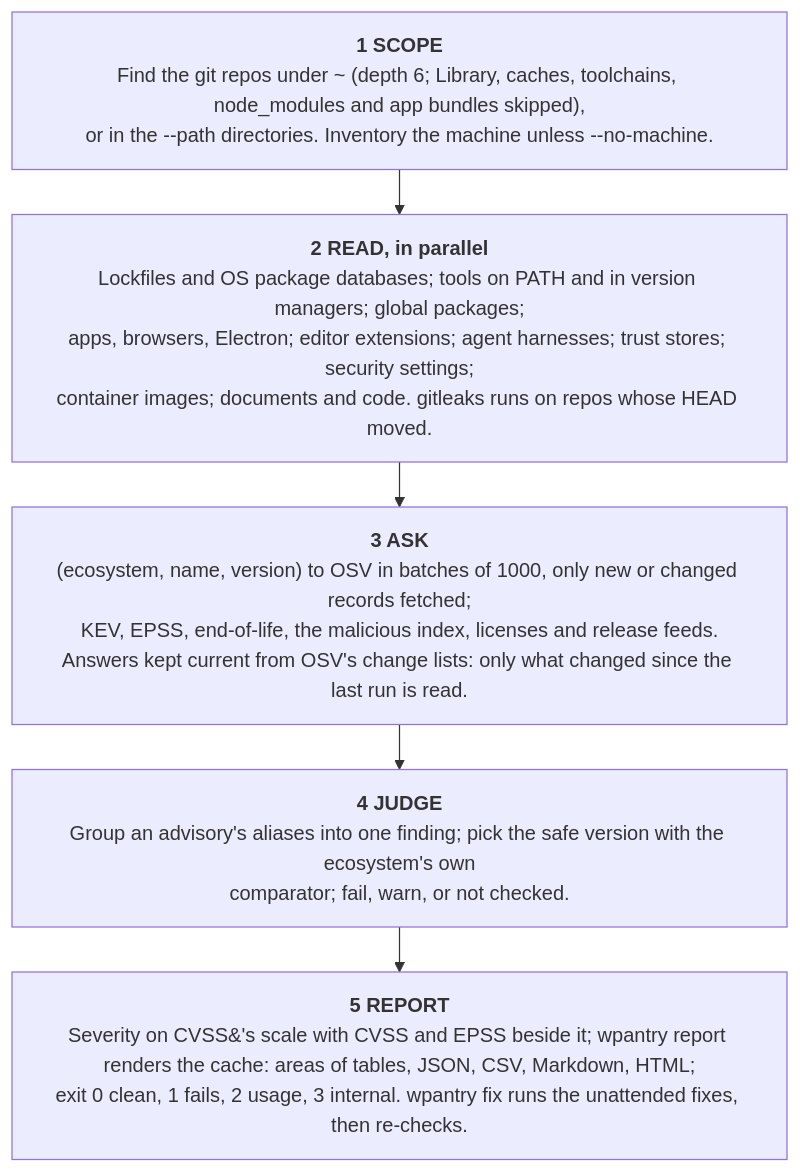
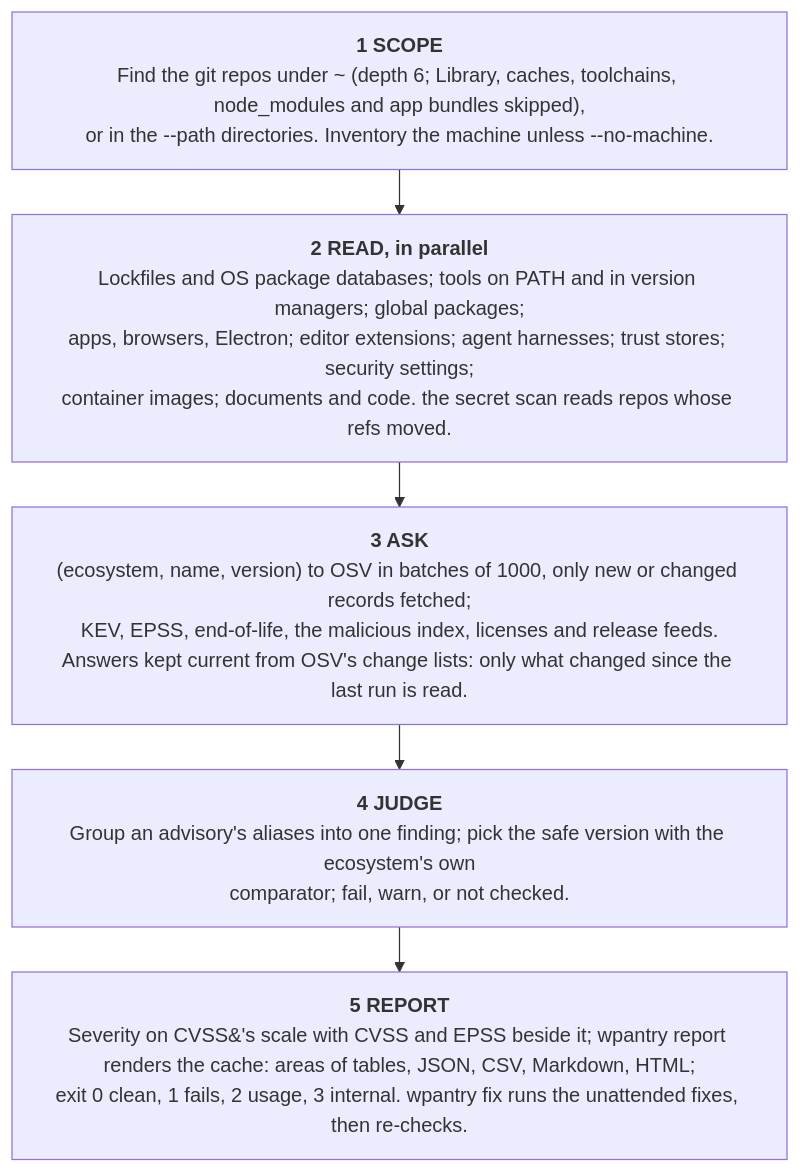
Before and after one commit to waffuruai/pantry: the first of 2 diagrams in docs/public/architecture.md, drawn with Mermaid. The commit also changed other lines of this file and 8 other files, not shown here.

Commit message:
document the secret scan and drop gitleaks from the docs

````diff
--- a/docs/public/architecture.md
+++ b/docs/public/architecture.md
@@ -22,10 +22,10 @@
 ```mermaid
 %%{init: {"flowchart": {"wrappingWidth": 560, "nodeSpacing": 40, "rankSpacing": 36}}}%%
 flowchart TB
   scope["<b>1 SCOPE</b><br/>Find the git repos under ~ (depth 6; Library, caches, toolchains, node_modules and app bundles skipped),<br/>or in the --path directories. Inventory the machine unless --no-machine."]
-  read["<b>2 READ, in parallel</b><br/>Lockfiles and OS package databases; tools on PATH and in version managers; global packages;<br/>apps, browsers, Electron; editor extensions; agent harnesses; trust stores; security settings;<br/>container images; documents and code. gitleaks runs on repos whose HEAD moved."]
+  read["<b>2 READ, in parallel</b><br/>Lockfiles and OS package databases; tools on PATH and in version managers; global packages;<br/>apps, browsers, Electron; editor extensions; agent harnesses; trust stores; security settings;<br/>container images; documents and code. the secret scan reads repos whose refs moved."]
   ask["<b>3 ASK</b><br/>(ecosystem, name, version) to OSV in batches of 1000, only new or changed records fetched;<br/>KEV, EPSS, end-of-life, the malicious index, licenses and release feeds.<br/>Answers kept current from OSV's change lists: only what changed since the last run is read."]
   judge["<b>4 JUDGE</b><br/>Group an advisory's aliases into one finding; pick the safe version with the ecosystem's own<br/>comparator; fail, warn, or not checked."]
   report["<b>5 REPORT</b><br/>Severity on CVSS&#39;s scale with CVSS and EPSS beside it; wpantry report renders the cache: areas of tables, JSON, CSV, Markdown, HTML;<br/>exit 0 clean, 1 fails, 2 usage, 3 internal. wpantry fix runs the unattended fixes, then re-checks."]
   scope --> read --> ask --> judge --> report
 ```
````
